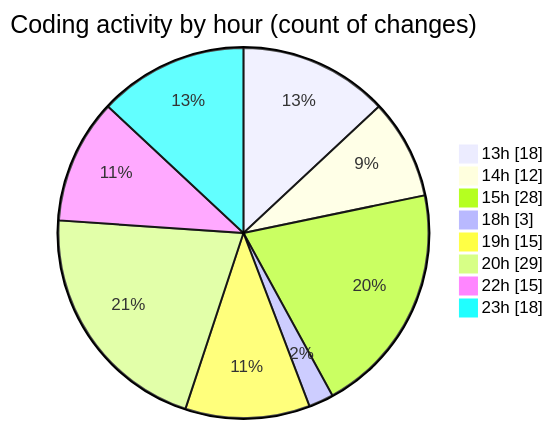
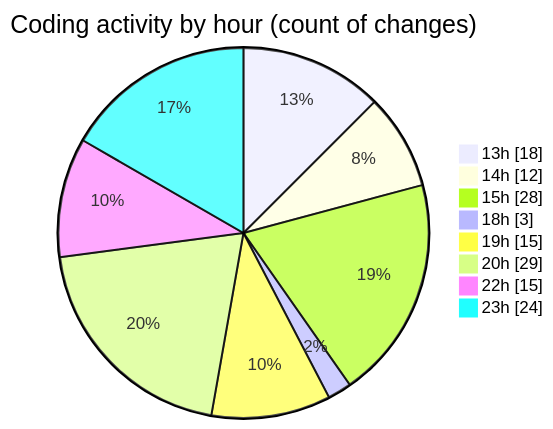
One commit to idhammustaqopulfikri/code-tracking changed the second of 2 diagrams in 2025-06-16/studio-backend/README.md. Above: the diagram before and after it, drawn with Mermaid. The commit also changed other lines of this file and 1 other file, not shown here.

````diff
--- a/2025-06-16/studio-backend/README.md
+++ b/2025-06-16/studio-backend/README.md
@@ -46,12 +46,12 @@
 ```mermaid
 pie showData
 title Coding activity by hour (count of changes)
 "13h" : 18
 "14h" : 12
 "15h" : 28
 "18h" : 3
 "19h" : 15
 "20h" : 29
 "22h" : 15
-"23h" : 18
+"23h" : 24
 ```
````
